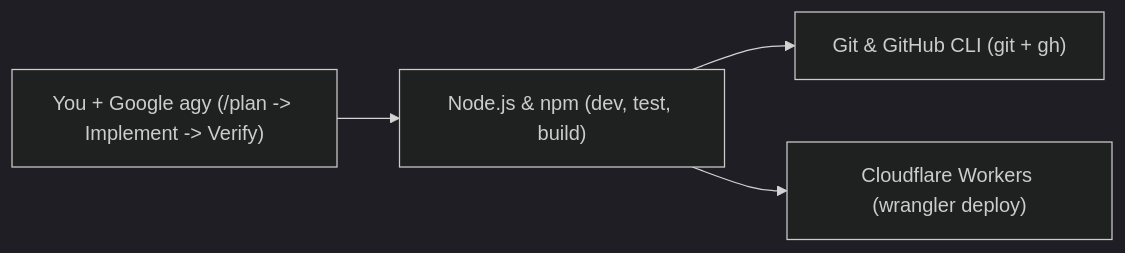
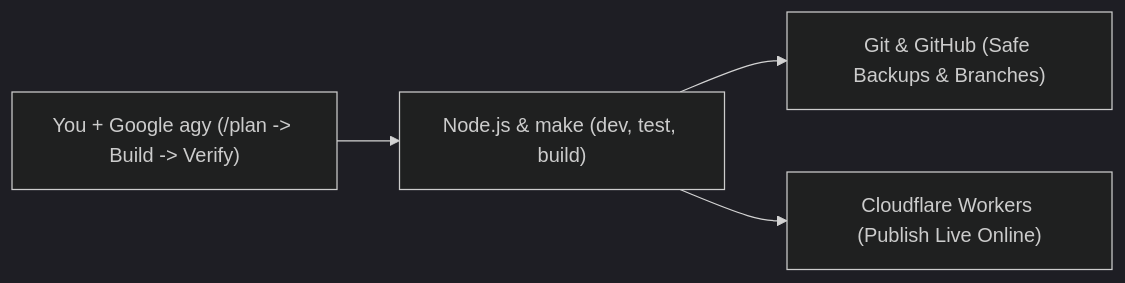
One commit to vuhung16au/gemini-games changed the diagram in courses/day-04-dev-tools-and-ai-agents/README.md. Above: the diagram before and after it, drawn with Mermaid (dark theme). The commit also changed other lines of this file and 30 other files, not shown here.

````diff
--- a/courses/day-04-dev-tools-and-ai-agents/README.md
+++ b/courses/day-04-dev-tools-and-ai-agents/README.md
@@ -12,6 +12,6 @@
 ```mermaid
 flowchart LR
-  Dev["You + Google agy (/plan -> Implement -> Verify)"] --> Local["Node.js & npm (dev, test, build)"]
-  Local --> Git["Git & GitHub CLI (git + gh)"]
-  Local --> CF["Cloudflare Workers (wrangler deploy)"]
+  Dev["You + Google agy (/plan -> Build -> Verify)"] --> Local["Node.js & make (dev, test, build)"]
+  Local --> Git["Git & GitHub (Safe Backups & Branches)"]
+  Local --> CF["Cloudflare Workers (Publish Live Online)"]
 ```
````
